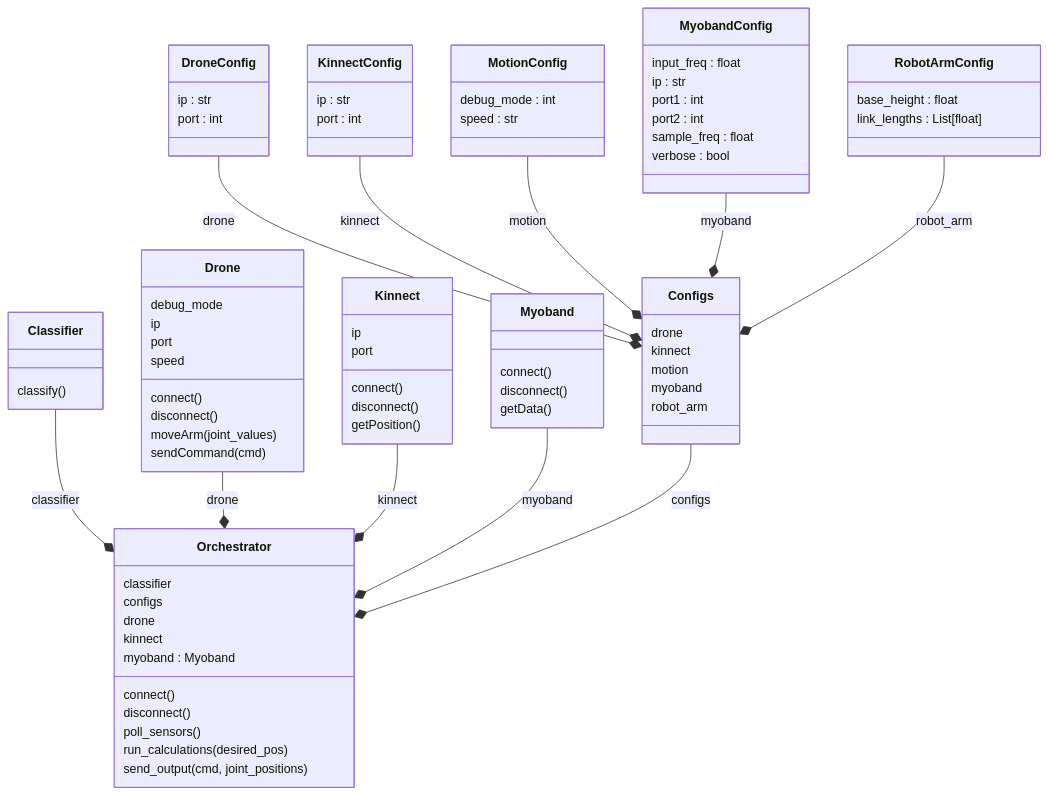
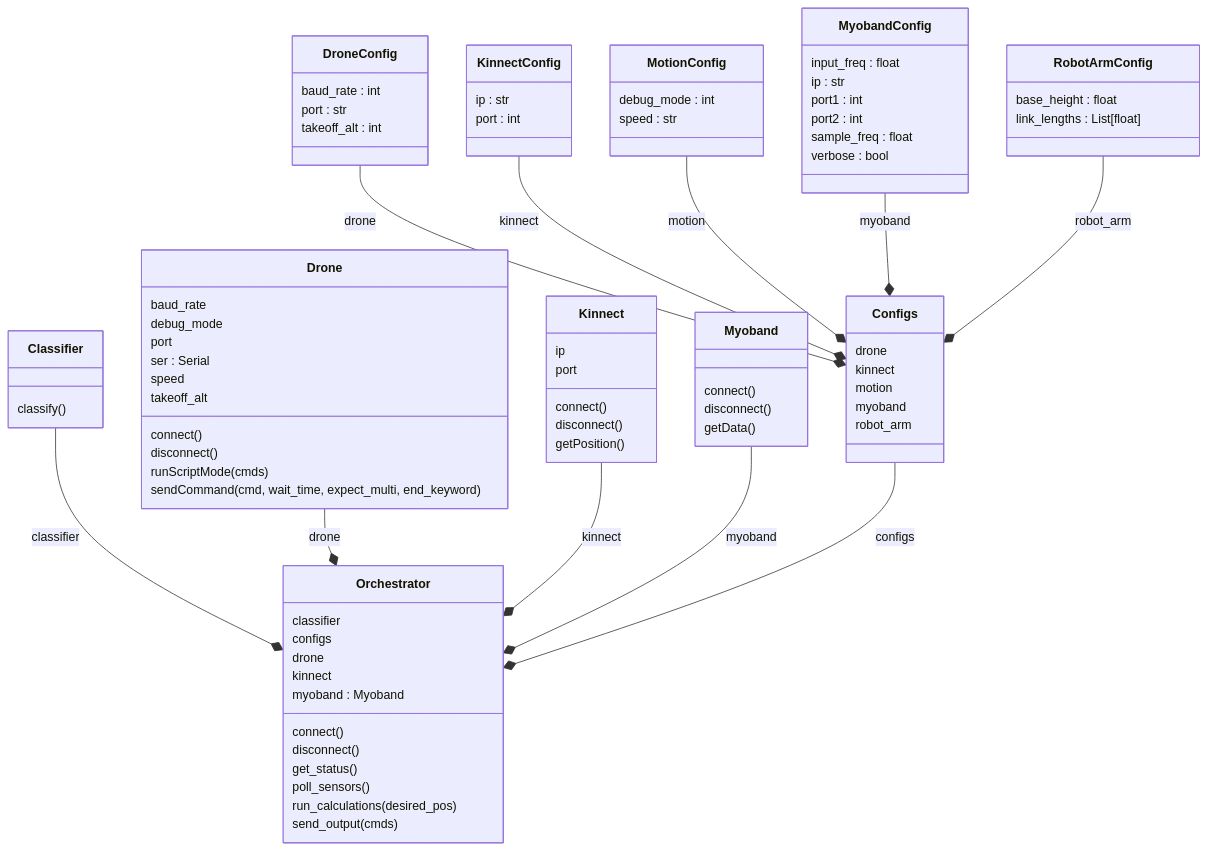
Before and after one commit to slesser6/myobotanica: the diagram in classes.mmd, drawn with Mermaid. The commit also changed 13 other files, not shown here.

```diff
--- a/classes.mmd
+++ b/classes.mmd
@@ -1,79 +1,83 @@
 classDiagram
   class Classifier {
     classify()
   }
   class Configs {
     drone
     kinnect
     motion
     myoband
     robot_arm
   }
   class Drone {
+    baud_rate
     debug_mode
-    ip
     port
+    ser : Serial
     speed
+    takeoff_alt
     connect()
     disconnect()
-    moveArm(joint_values)
-    sendCommand(cmd)
+    runScriptMode(cmds)
+    sendCommand(cmd, wait_time, expect_multi, end_keyword)
   }
   class DroneConfig {
-    ip : str
-    port : int
+    baud_rate : int
+    port : str
+    takeoff_alt : int
   }
   class Kinnect {
     ip
     port
     connect()
     disconnect()
     getPosition()
   }
   class KinnectConfig {
     ip : str
     port : int
   }
   class MotionConfig {
     debug_mode : int
     speed : str
   }
   class Myoband {
     connect()
     disconnect()
     getData()
   }
   class MyobandConfig {
     input_freq : float
     ip : str
     port1 : int
     port2 : int
     sample_freq : float
     verbose : bool
   }
   class Orchestrator {
     classifier
     configs
     drone
     kinnect
     myoband : Myoband
     connect()
     disconnect()
+    get_status()
     poll_sensors()
     run_calculations(desired_pos)
-    send_output(cmd, joint_positions)
+    send_output(cmds)
   }
   class RobotArmConfig {
     base_height : float
     link_lengths : List[float]
   }
   Classifier --* Orchestrator : classifier
   Drone --* Orchestrator : drone
   Kinnect --* Orchestrator : kinnect
   Myoband --* Orchestrator : myoband
   Configs --* Orchestrator : configs
   DroneConfig --* Configs : drone
   KinnectConfig --* Configs : kinnect
   MotionConfig --* Configs : motion
   MyobandConfig --* Configs : myoband
   RobotArmConfig --* Configs : robot_arm
```
